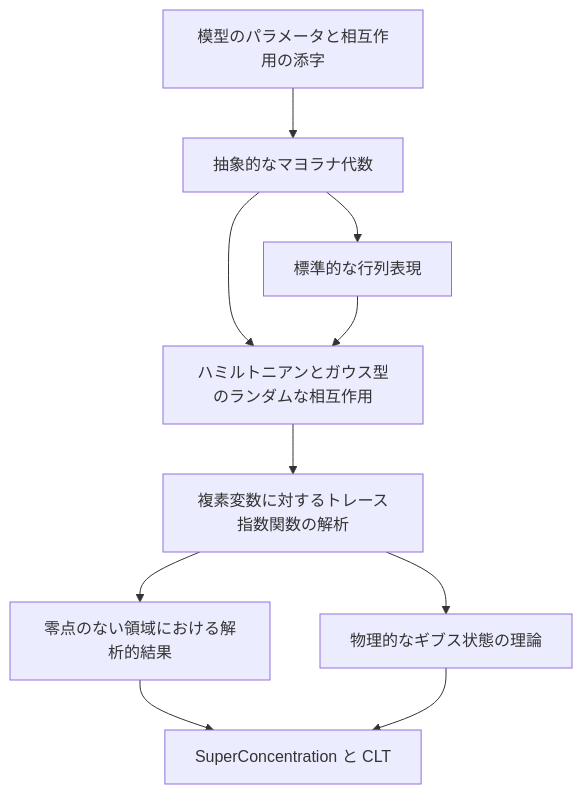
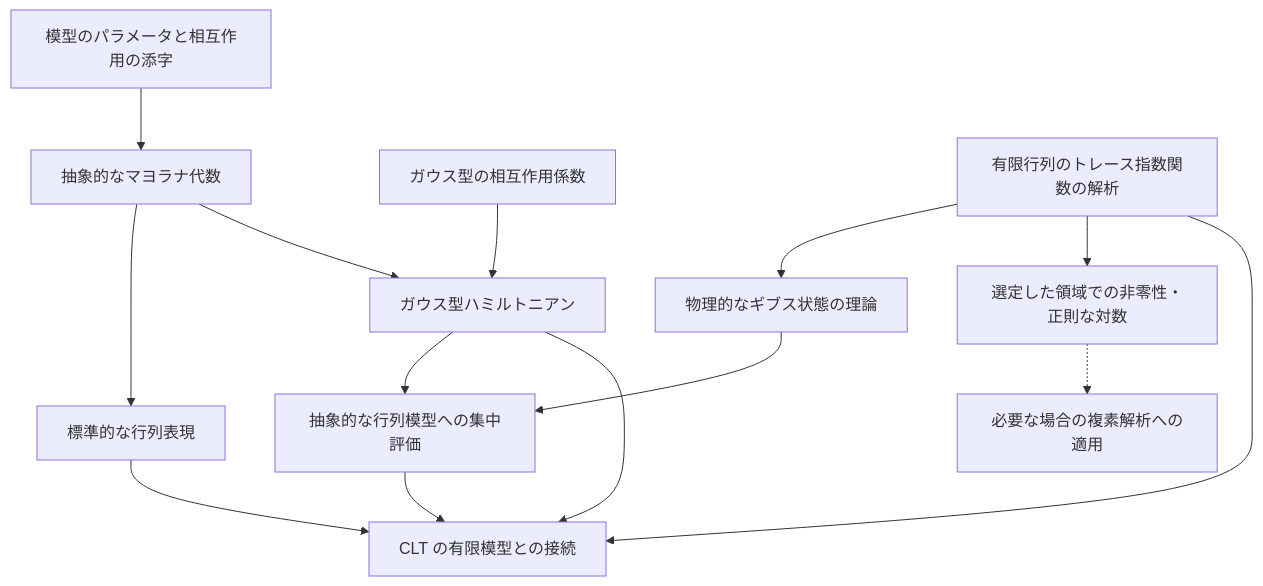
Before and after one commit to TokyoProbabilityGroup/SYK_CLT: the diagram in Model/ARCHITECTURE.md, drawn with Mermaid. The commit also changed other lines of this file and 12 other files, not shown here.

````diff
--- a/Model/ARCHITECTURE.md
+++ b/Model/ARCHITECTURE.md
@@ -74,21 +77,16 @@
 ```mermaid
 flowchart TD
-    params["模型のパラメータと相互作用の添字"]
-    abstract["抽象的なマヨラナ代数"]
-    concrete["標準的な行列表現"]
-    hamiltonian["ハミルトニアンとガウス型のランダムな相互作用"]
-    analytic["複素変数に対するトレース指数関数の解析"]
-    zeroFree["零点のない領域における解析的結果"]
-    physical["物理的なギブス状態の理論"]
-    consumers["SuperConcentration と CLT"]
-
-    params --> abstract
-    abstract --> concrete
-    abstract --> hamiltonian
-    concrete --> hamiltonian
-    hamiltonian --> analytic
-    analytic --> zeroFree
-    analytic --> physical
-    zeroFree --> consumers
-    physical --> consumers
+    params["模型のパラメータと相互作用の添字"] --> abstract["抽象的なマヨラナ代数"]
+    abstract --> concrete["標準的な行列表現"]
+    abstract --> hamiltonian["ガウス型ハミルトニアン"]
+    disorder["ガウス型の相互作用係数"] --> hamiltonian
+    analytic["有限行列のトレース指数関数の解析"] --> physical["物理的なギブス状態の理論"]
+    analytic --> zeroFree["選定した領域での非零性・正則な対数"]
+    physical --> concentration["抽象的な行列模型への集中評価"]
+    hamiltonian --> concentration
+    concrete --> clt["CLT の有限模型との接続"]
+    hamiltonian --> clt
+    analytic --> clt
+    concentration --> clt
+    zeroFree -.-> complexUse["必要な場合の複素解析への適用"]
 ```
````
